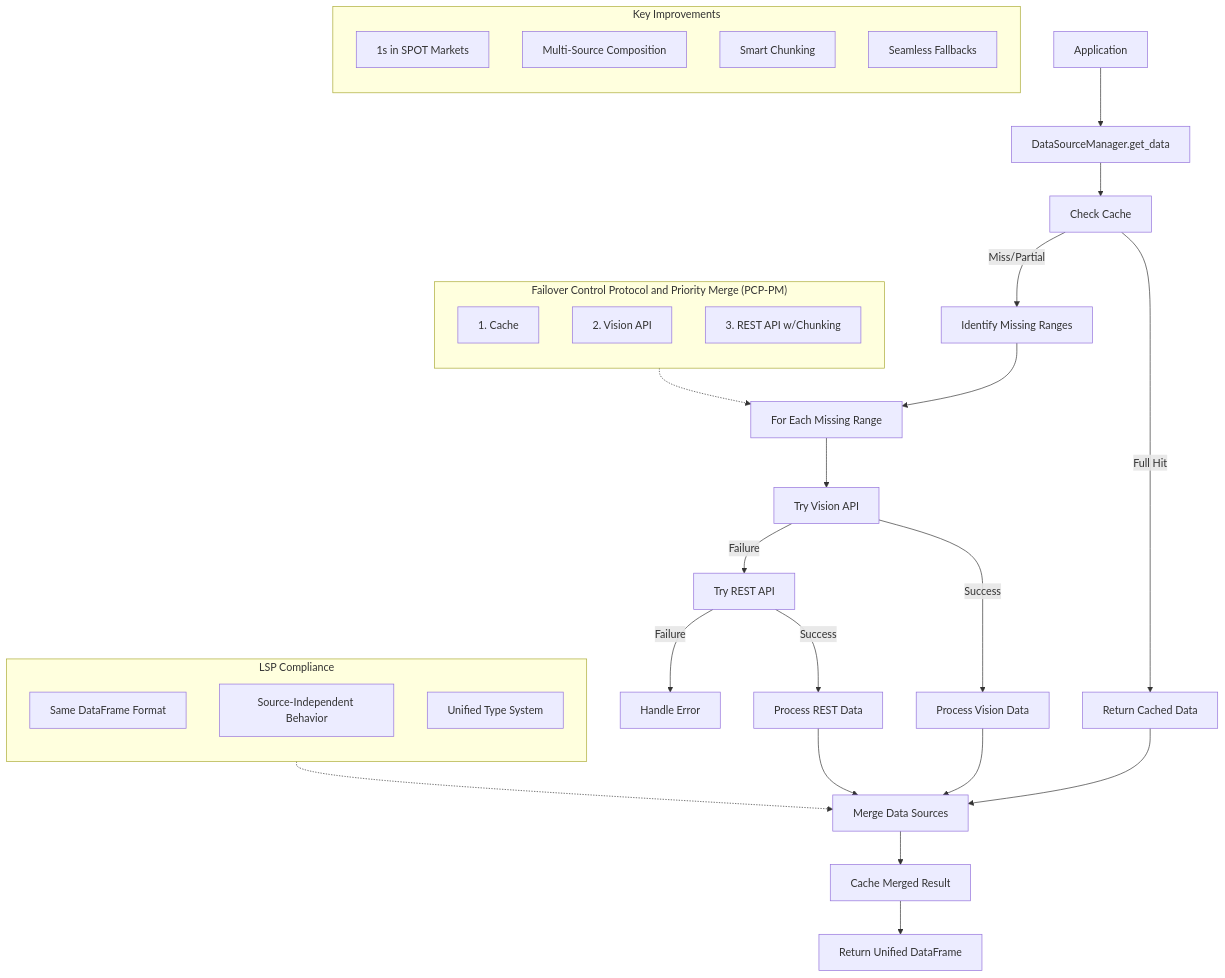
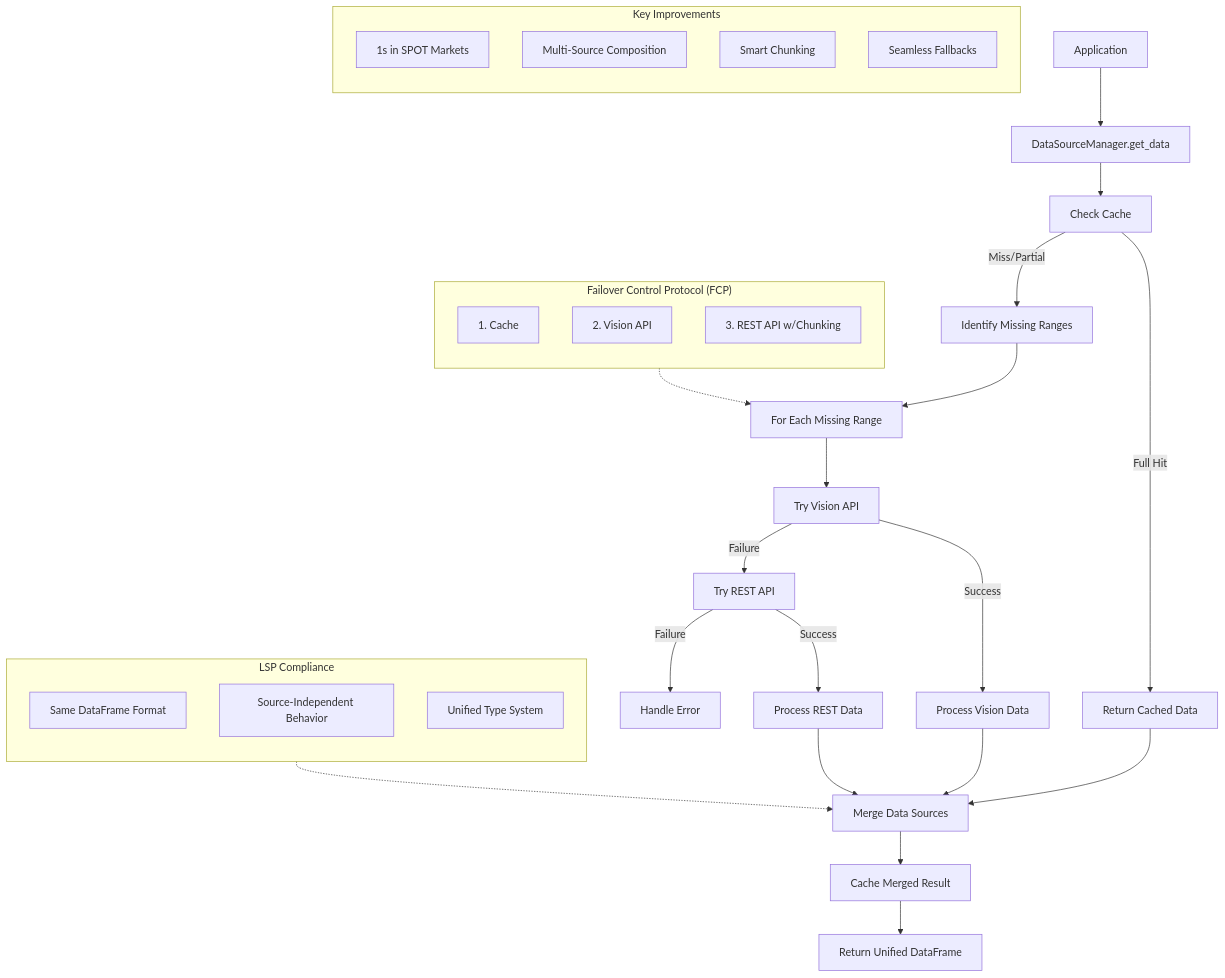
Before and after one commit to terrylica/data-source-manager: the first of 6 diagrams in docs/core_architecture/core_workflow_in_mermaid.md, drawn with Mermaid. The commit also changed 28 other files, not shown here.

````diff
--- a/docs/core_architecture/core_workflow_in_mermaid.md
+++ b/docs/core_architecture/core_workflow_in_mermaid.md
@@ -5,62 +5,62 @@
 ```mermaid
 flowchart TD
     %% Main application flow
     A[Application] --> B[DataSourceManager.get_data]
     B --> C[Check Cache]
 
     %% Cache handling
     C -->|Full Hit| D[Return Cached Data]
     C -->|Miss/Partial| E[Identify Missing Ranges]
 
     %% Process each missing range
     E --> F[For Each Missing Range]
 
     %% Vision API attempt
     F --> G[Try Vision API]
     G -->|Success| H[Process Vision Data]
     G -->|Failure| I[Try REST API]
 
     %% REST API fallback with chunking
     I -->|Success| J[Process REST Data]
     I -->|Failure| K[Handle Error]
 
     %% Data merging from all sources
     H --> L[Merge Data Sources]
     J --> L
     D --> L
 
     %% Final steps
     L --> M[Cache Merged Result]
     M --> N[Return Unified DataFrame]
 
-    %% Visual grouping for PCP-PM concept
-    subgraph PCP-PM["Failover Control Protocol and Priority Merge (PCP-PM)"]
+    %% Visual grouping for FCP concept
+    subgraph FCP["Failover Control Protocol (FCP)"]
         direction TB
         P1[1. Cache]
         P2[2. Vision API]
         P3[3. REST API w/Chunking]
     end
 
-    %% Connect PCP-PM concept to flow
-    PCP-PM -.-> F
+    %% Connect FCP concept to flow
+    FCP -.-> F
 
     %% LSP compliance
     subgraph LSP["LSP Compliance"]
         direction TB
         L1["Same DataFrame Format"]
         L2["Source-Independent Behavior"]
         L3["Unified Type System"]
     end
 
     %% Connect LSP to merge step
     LSP -.-> L
 
     %% Key improvements
     subgraph IMP["Key Improvements"]
         direction TB
         I1["1s in SPOT Markets"]
         I2["Multi-Source Composition"]
         I3["Smart Chunking"]
         I4["Seamless Fallbacks"]
     end
 ```
````
